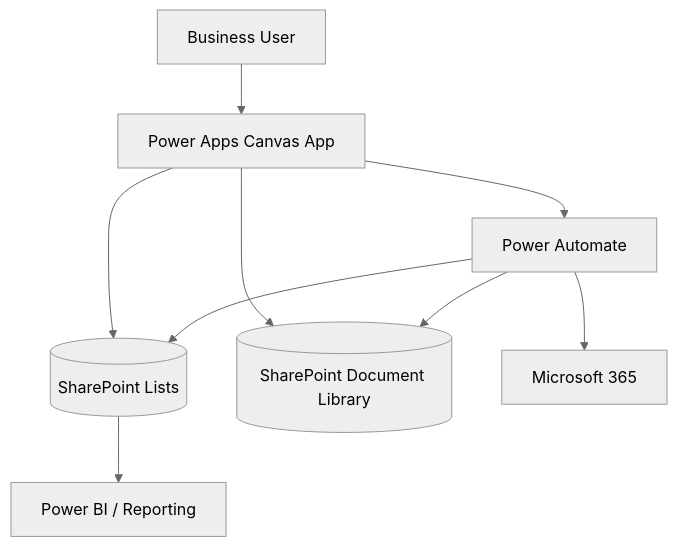
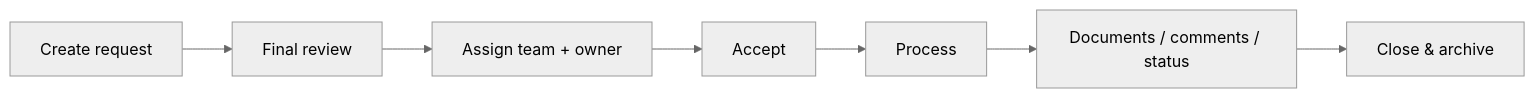
Before and after one commit to jeffersonkuku/jefferson-Mawapanga-Saku: the first of 2 diagrams in projects/procureflow/README.md, drawn with Mermaid (neutral theme). The commit also changed other lines of this file, not shown here.

Commit message:
Reframe ProcureFlow as concise workflow case study

````diff
--- a/projects/procureflow/README.md
+++ b/projects/procureflow/README.md
@@ -47,11 +23,9 @@
 ```mermaid
-flowchart TB
-    U[Business User] --> APP[Power Apps Canvas App]
-    APP --> SP[(SharePoint Lists)]
-    APP --> LIB[(SharePoint Document Library)]
-    APP --> FLOW[Power Automate]
-    FLOW --> SP
-    FLOW --> LIB
-    FLOW --> M365[Microsoft 365]
-    SP --> BI[Power BI / Reporting]
+flowchart LR
+    A[Create request] --> B[Final review]
+    B --> C[Assign team + owner]
+    C --> D[Accept]
+    D --> E[Process]
+    E --> F[Documents / comments / status]
+    F --> G[Close & archive]
 ```
````
